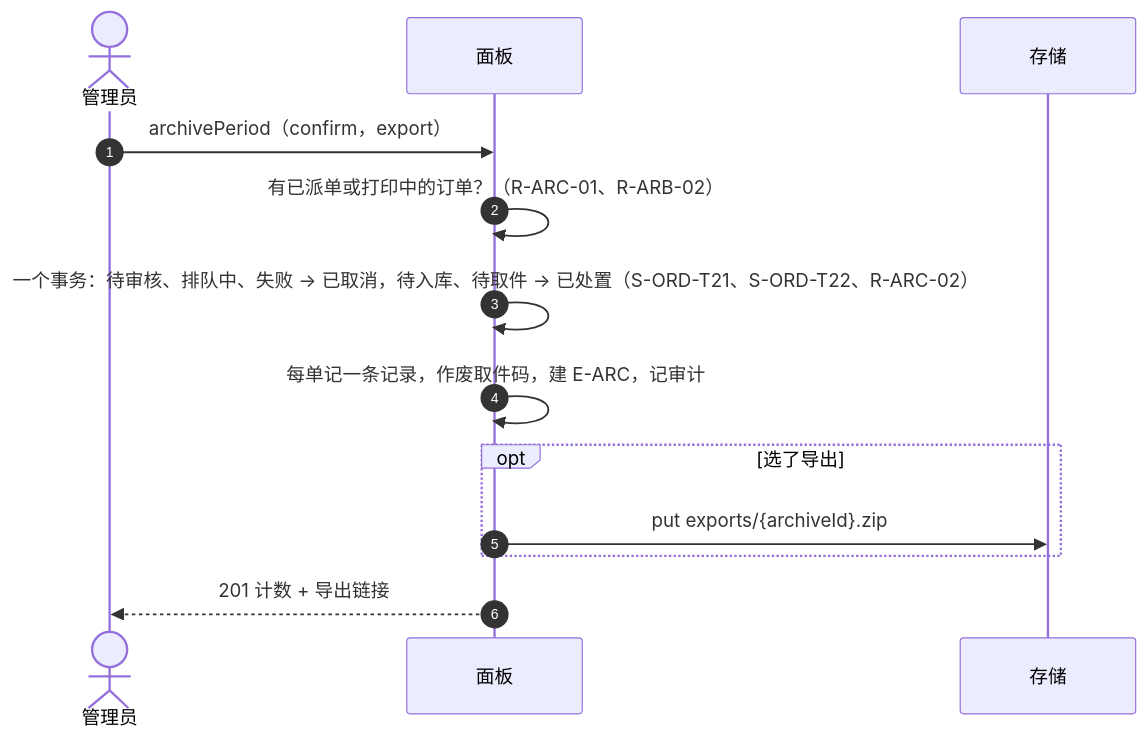
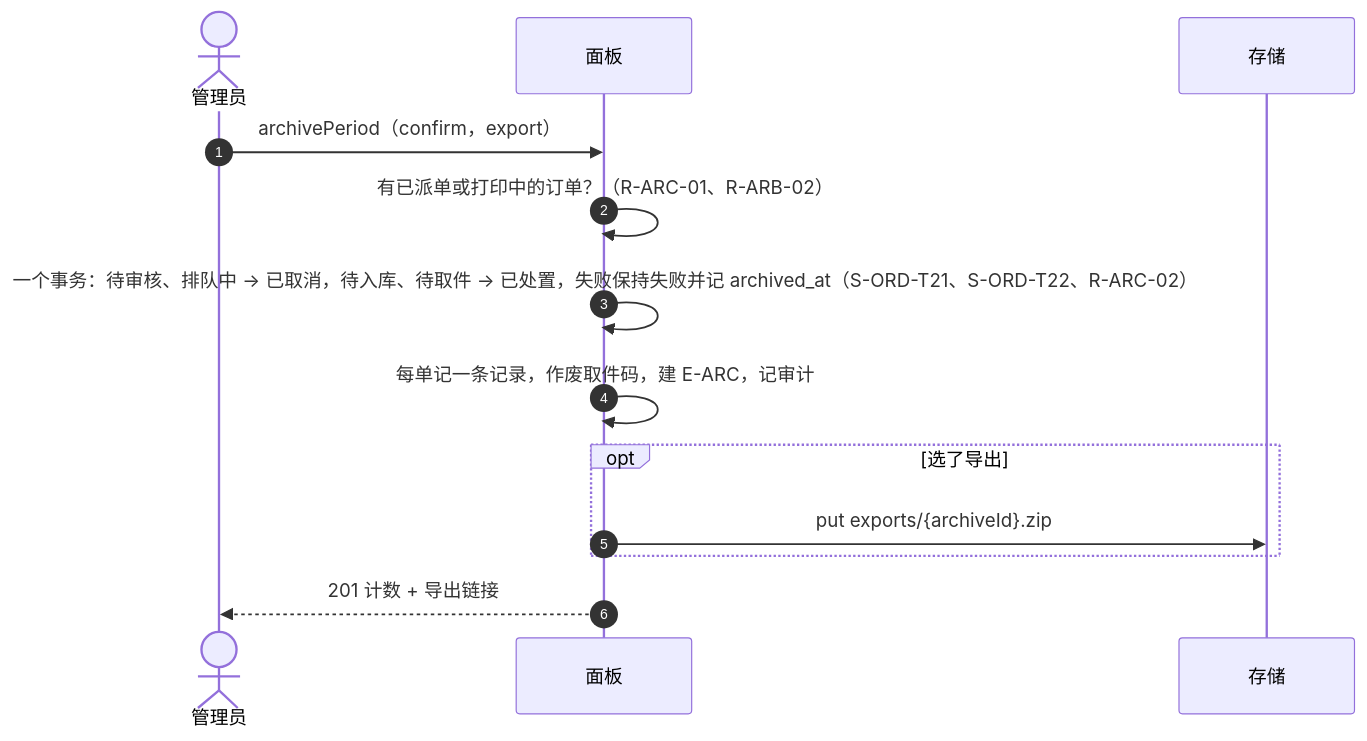
One commit to PlateRelay/PlateRelay changed diagram 11 of 11 in docs/design/03-sequences.md. Above: the diagram before and after it, drawn with Mermaid. The commit also changed other lines of this file, not shown here.

First line of the commit message:
docs(design): align sequences with command lock and trace-reconcile decisions

````diff
--- a/docs/design/03-sequences.md
+++ b/docs/design/03-sequences.md
@@ -448,15 +417,15 @@
 ```mermaid
 sequenceDiagram
   autonumber
   actor M as 管理员
   participant P as 面板
   participant O as 存储
   M->>P: archivePeriod（confirm，export）
   P->>P: 有已派单或打印中的订单？（R-ARC-01、R-ARB-02）
-  P->>P: 一个事务：待审核、排队中、失败 → 已取消，待入库、待取件 → 已处置（S-ORD-T21、S-ORD-T22、R-ARC-02）
+  P->>P: 一个事务：待审核、排队中 → 已取消，待入库、待取件 → 已处置，失败保持失败并记 archived_at（S-ORD-T21、S-ORD-T22、R-ARC-02）
   P->>P: 每单记一条记录，作废取件码，建 E-ARC，记审计
   opt 选了导出
     P->>O: put exports/{archiveId}.zip
   end
   P-->>M: 201 计数 + 导出链接
 ```
````
